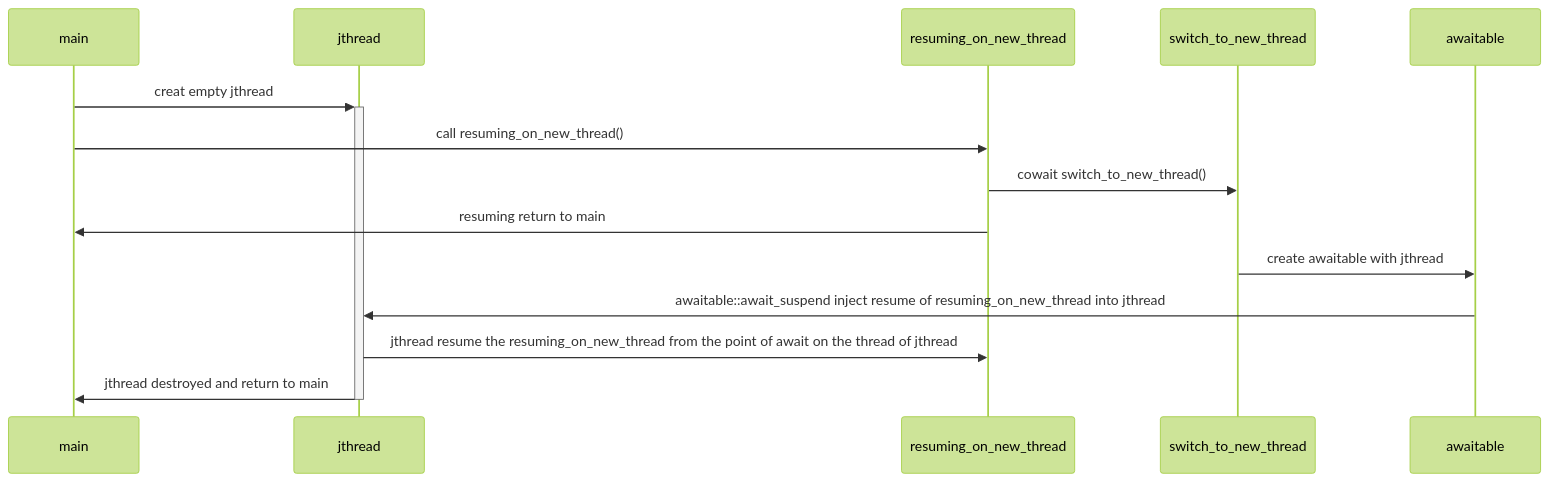
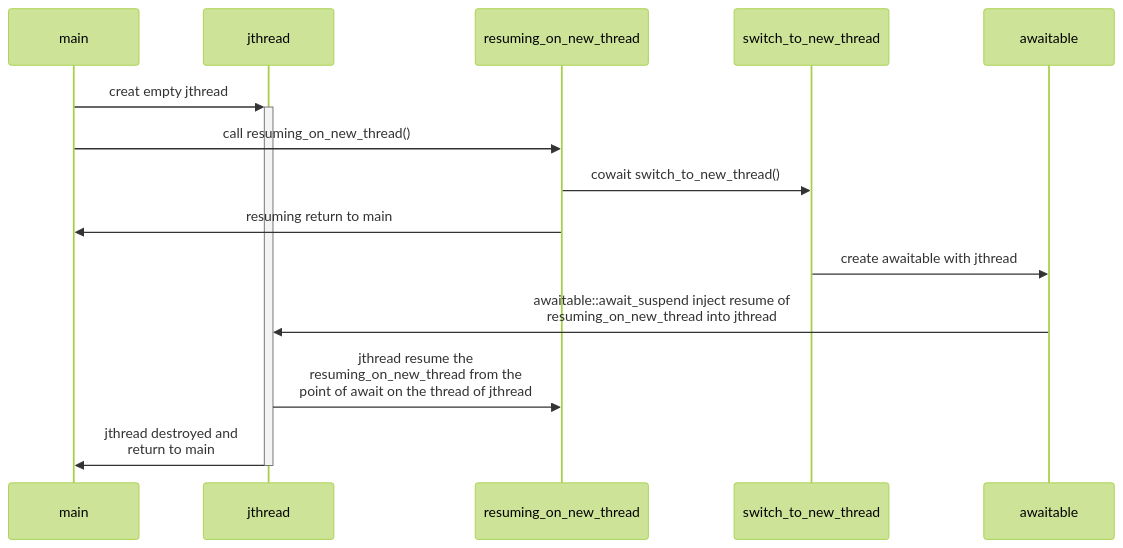
Before and after one commit to ZeroOf/cpp_practice: the diagram in src/interface/cxx20/coroutine/demo/readme.md, drawn with Mermaid (forest theme). The commit also changed 7 other files, not shown here.

````diff
--- a/src/interface/cxx20/coroutine/demo/readme.md
+++ b/src/interface/cxx20/coroutine/demo/readme.md
@@ -5,11 +5,11 @@
 ```mermaid
 sequenceDiagram
     main ->>+ jthread: creat empty jthread
     main ->> resuming_on_new_thread: call resuming_on_new_thread()
     resuming_on_new_thread ->> switch_to_new_thread: cowait switch_to_new_thread()
     resuming_on_new_thread ->> main: resuming return to main
     switch_to_new_thread ->> awaitable: create awaitable with jthread
-    awaitable ->> jthread: awaitable::await_suspend inject resume of resuming_on_new_thread into jthread
-    jthread ->> resuming_on_new_thread: jthread resume the resuming_on_new_thread from the point of await on the thread of jthread
-    jthread ->>- main: jthread destroyed and return to main
+    awaitable ->> jthread: awaitable::await_suspend inject resume of<br> resuming_on_new_thread into jthread
+    jthread ->> resuming_on_new_thread: jthread resume the <br>resuming_on_new_thread from the<br>point of await on the thread of jthread
+    jthread ->>- main: jthread destroyed and<br>return to main
 ```
````
